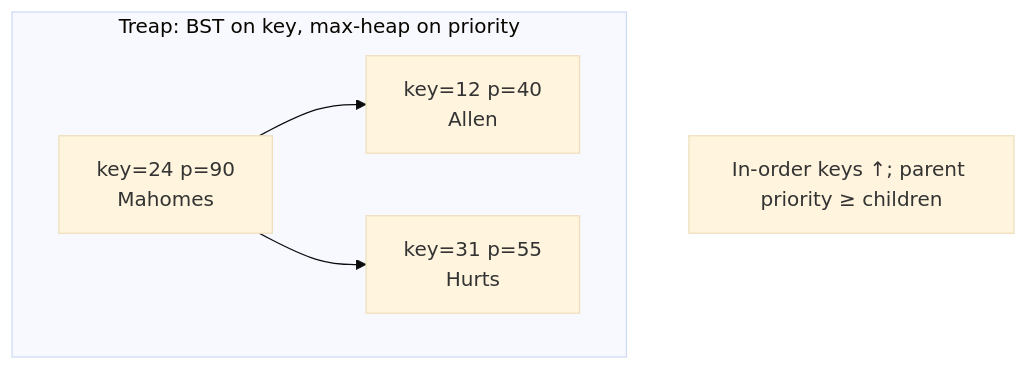
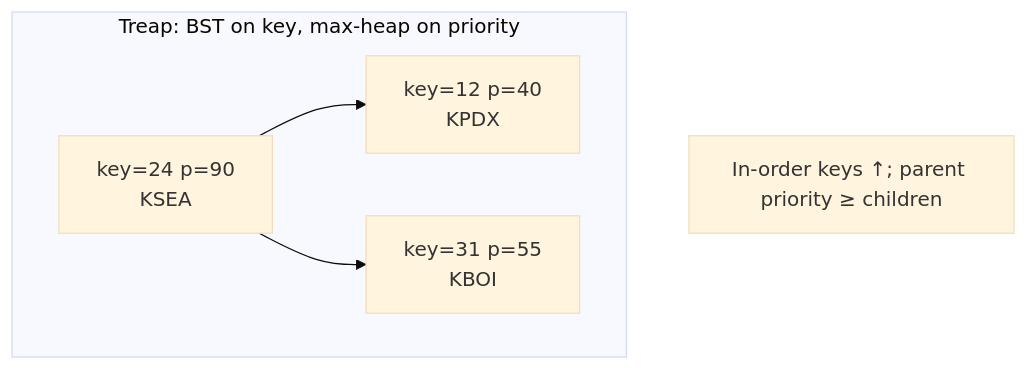
One commit to qgjones9/python-programming-guide changed the first of 6 diagrams in docs/dsa/data-structures/treaps/index.md. Above: the diagram before and after it, drawn with Mermaid (base theme). The commit also changed other lines of this file and 29 other files, not shown here.

````diff
--- a/docs/dsa/data-structures/treaps/index.md
+++ b/docs/dsa/data-structures/treaps/index.md
@@ -32,11 +32,11 @@
 ```mermaid
 flowchart TB
   subgraph treap["Treap: BST on key, max-heap on priority"]
-    R["key=24 p=90<br/>Mahomes"]
-    L["key=12 p=40<br/>Allen"]
-    RR["key=31 p=55<br/>Hurts"]
+    R["key=24 p=90<br/>KSEA"]
+    L["key=12 p=40<br/>KPDX"]
+    RR["key=31 p=55<br/>KBOI"]
     R --> L
     R --> RR
   end
   note["In-order keys ↑; parent priority ≥ children"]
 ```
````
